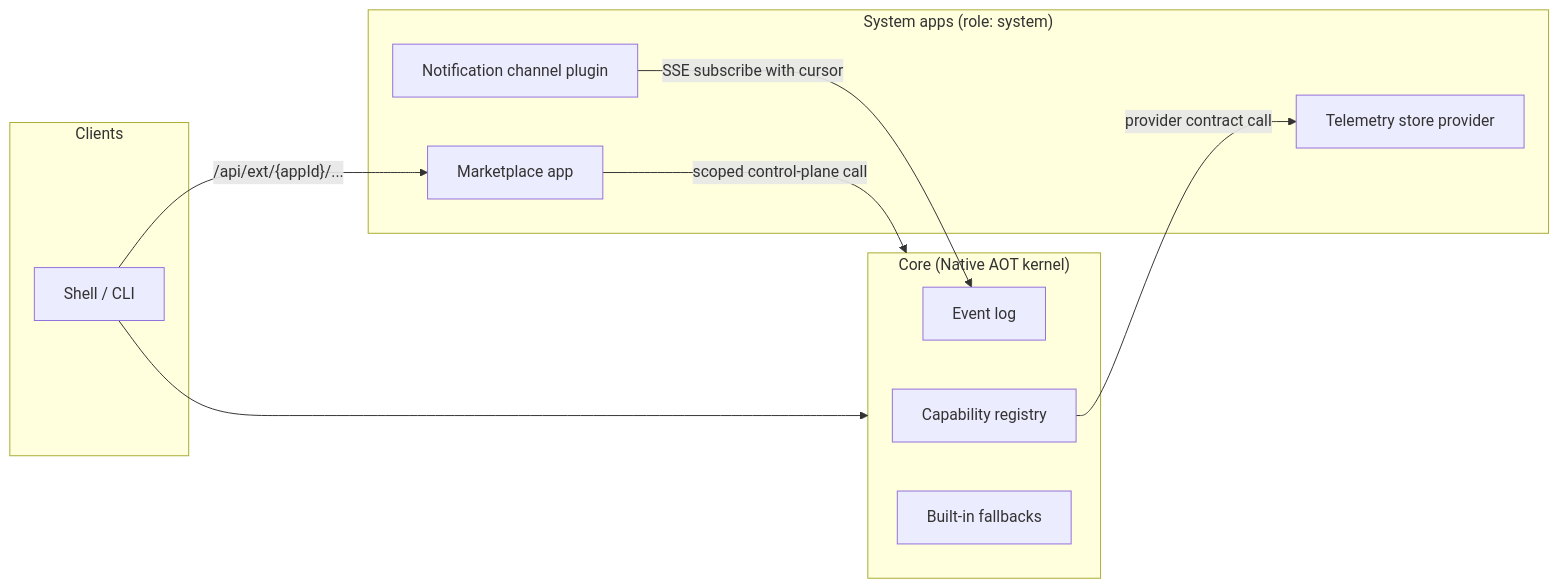
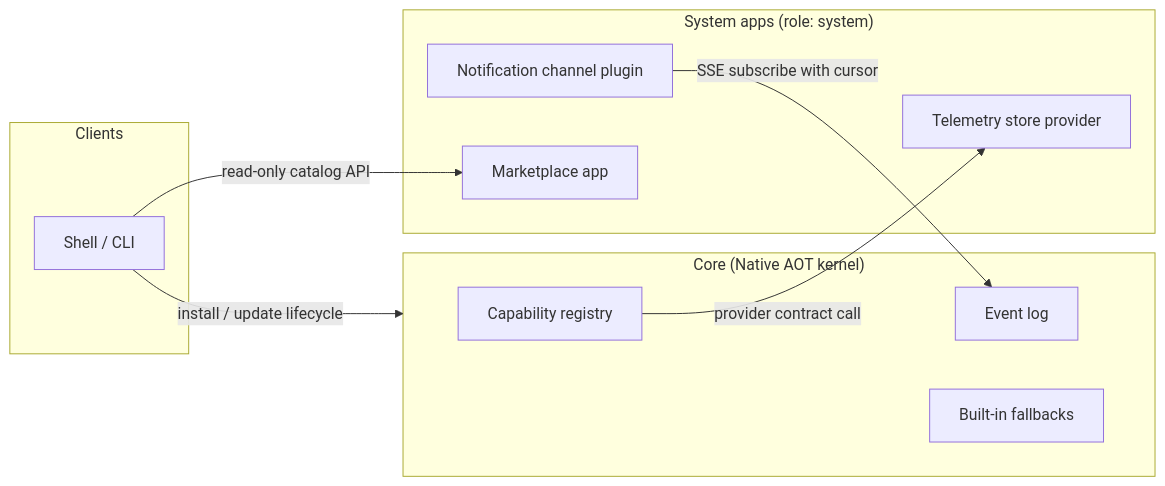
The first of 3 diagrams in docs/ideas/core-extension-model.md (alex-de-haas/docker-host), drawn with Mermaid before and after one commit. The commit also changed other lines of this file and 17 other files, not shown here.

First line of the commit message:
docs: marketplace as a read-only system app; retire update channels

````diff
--- a/docs/ideas/core-extension-model.md
+++ b/docs/ideas/core-extension-model.md
@@ -30,21 +30,20 @@
 ```mermaid
 flowchart LR
   subgraph Clients
     S["Shell / CLI"]
   end
   subgraph Core["Core (Native AOT kernel)"]
     R["Capability registry"]
     E["Event log"]
     F["Built-in fallbacks"]
   end
   subgraph Plugins["System apps (role: system)"]
     T["Telemetry store provider"]
     N["Notification channel plugin"]
     M["Marketplace app"]
   end
-  S --> Core
-  S -->|"/api/ext/{appId}/..."| M
+  S -->|"install / update lifecycle"| Core
+  S -->|"read-only catalog API"| M
   R -->|"provider contract call"| T
   N -->|"SSE subscribe with cursor"| E
-  M -->|"scoped control-plane call"| Core
 ```
````
